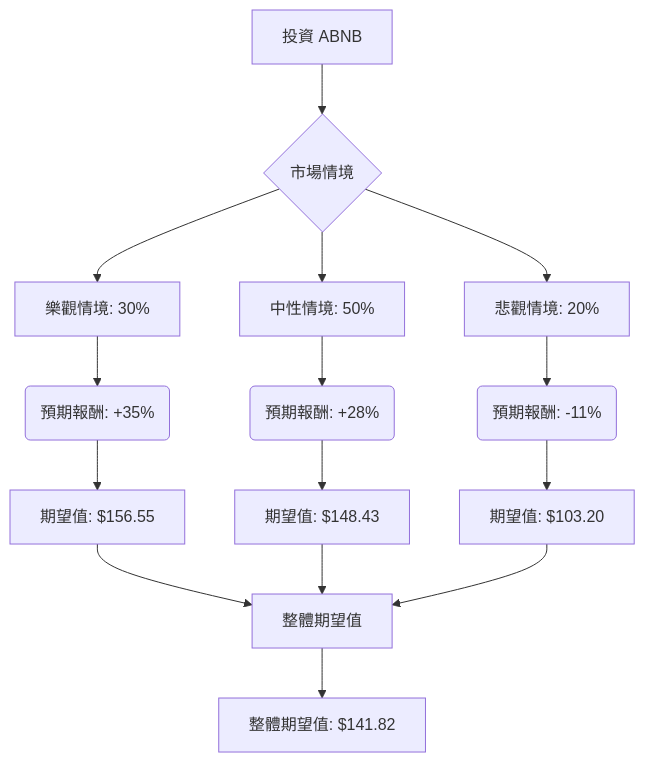
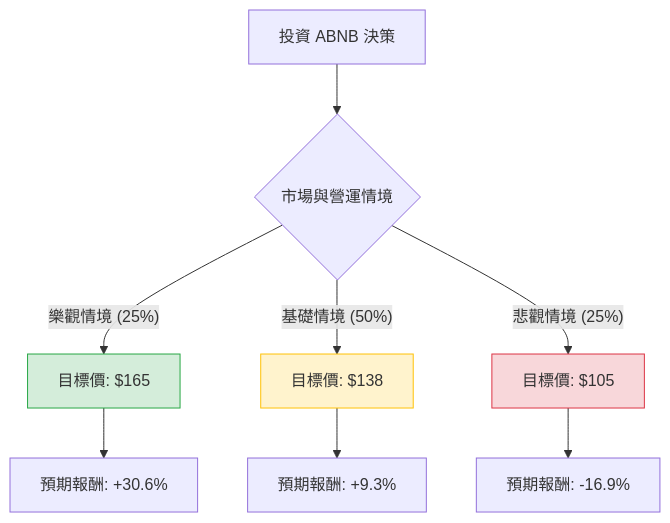
Before and after one commit to zmcx16/zmcx16.github.io: the diagram in plugin-react/ai-analysis/ev-analysis/ABNB.md, drawn with Mermaid. The commit also changed other lines of this file and 82 other files, not shown here.

````diff
--- a/plugin-react/ai-analysis/ev-analysis/ABNB.md
+++ b/plugin-react/ai-analysis/ev-analysis/ABNB.md
@@ -17,21 +19,16 @@
 ```mermaid
 graph TD
-    A[投資 ABNB] --> B{市場情境}
+    A[投資 ABNB 決策] --> B{市場與營運情境}
+    
+    B -- 樂觀情境 (25%) --> C[目標價: $165]
+    B -- 基礎情境 (50%) --> D[目標價: $138]
+    B -- 悲觀情境 (25%) --> E[目標價: $105]
 
-    B --> B1[樂觀情境: 30%]
-    B1 --> B1_EV(預期報酬: +35%)
-    B1_EV --> B1_Result[期望值: $156.55]
-
-    B --> B2[中性情境: 50%]
-    B2 --> B2_EV(預期報酬: +28%)
-    B2_EV --> B2_Result[期望值: $148.43]
-
-    B --> B3[悲觀情境: 20%]
-    B3 --> B3_EV(預期報酬: -11%)
-    B3_EV --> B3_Result[期望值: $103.20]
-
-    B1_Result --> C[整體期望值]
-    B2_Result --> C
-    B3_Result --> C
-    C --> D[整體期望值: $141.82]
+    C --> C1[預期報酬: +30.6%]
+    D --> D1[預期報酬: +9.3%]
+    E --> E1[預期報酬: -16.9%]
+    
+    style C fill:#d4edda,stroke:#28a745
+    style D fill:#fff3cd,stroke:#ffc107
+    style E fill:#f8d7da,stroke:#dc3545
 ```
````
